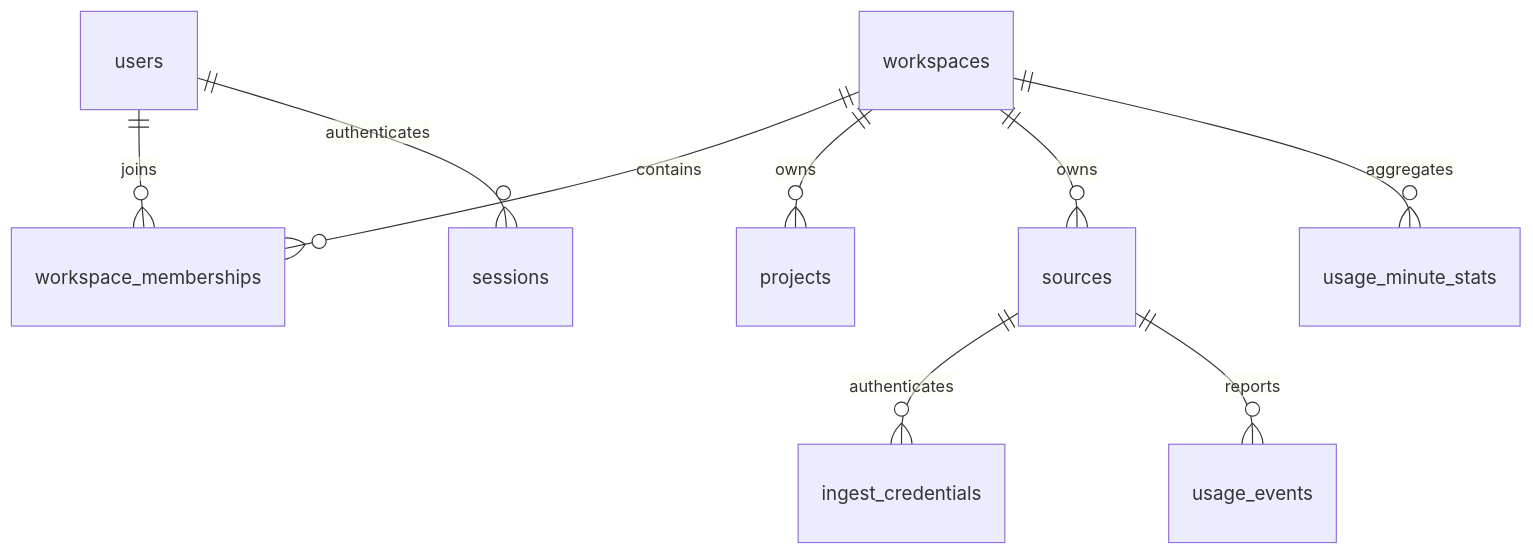
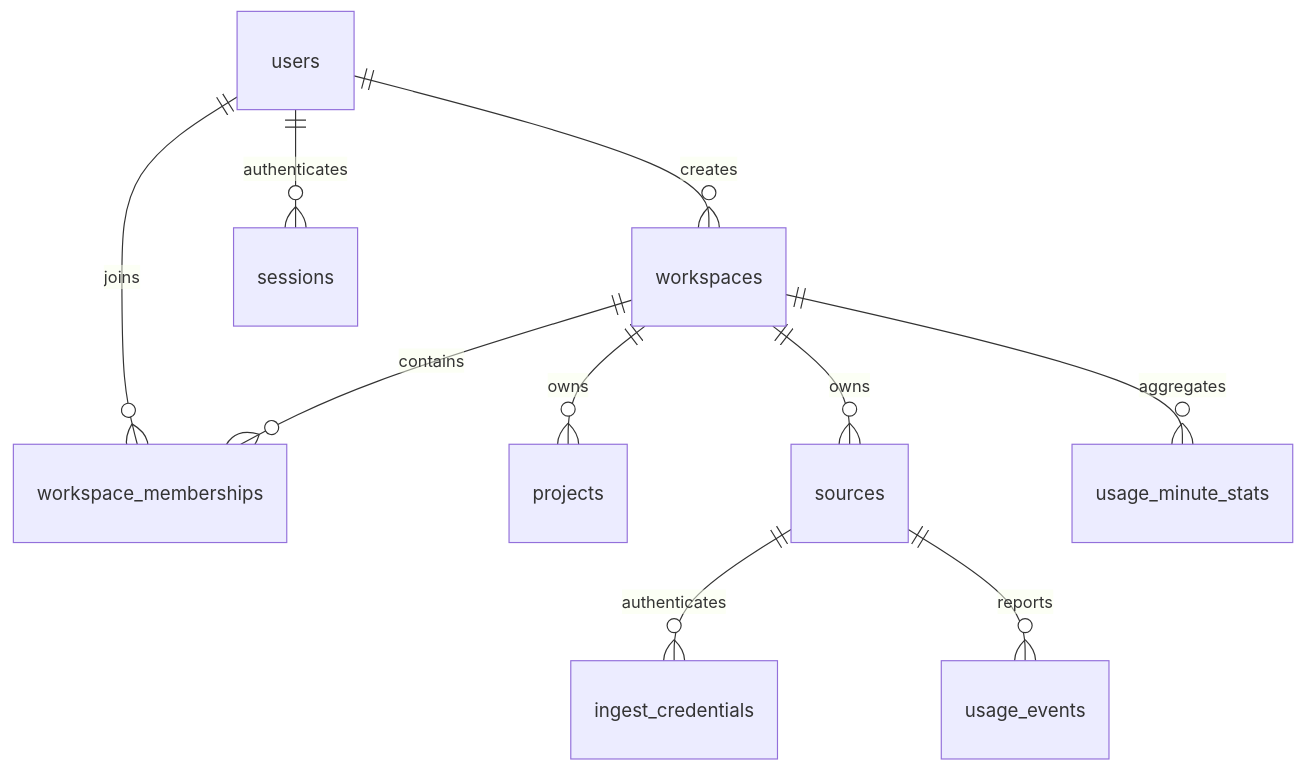
Before and after one commit to dundunHa/TokenPivot: the diagram in docs/data-model.md, drawn with Mermaid. The commit also changed other lines of this file and 4 other files, not shown here.

````diff
--- a/docs/data-model.md
+++ b/docs/data-model.md
@@ -7,11 +7,12 @@
 ```mermaid
 erDiagram
   users ||--o{ workspace_memberships : joins
+  users ||--o{ workspaces : creates
   workspaces ||--o{ workspace_memberships : contains
   workspaces ||--o{ projects : owns
   workspaces ||--o{ sources : owns
   sources ||--o{ ingest_credentials : authenticates
   sources ||--o{ usage_events : reports
   workspaces ||--o{ usage_minute_stats : aggregates
   users ||--o{ sessions : authenticates
 ```
````
